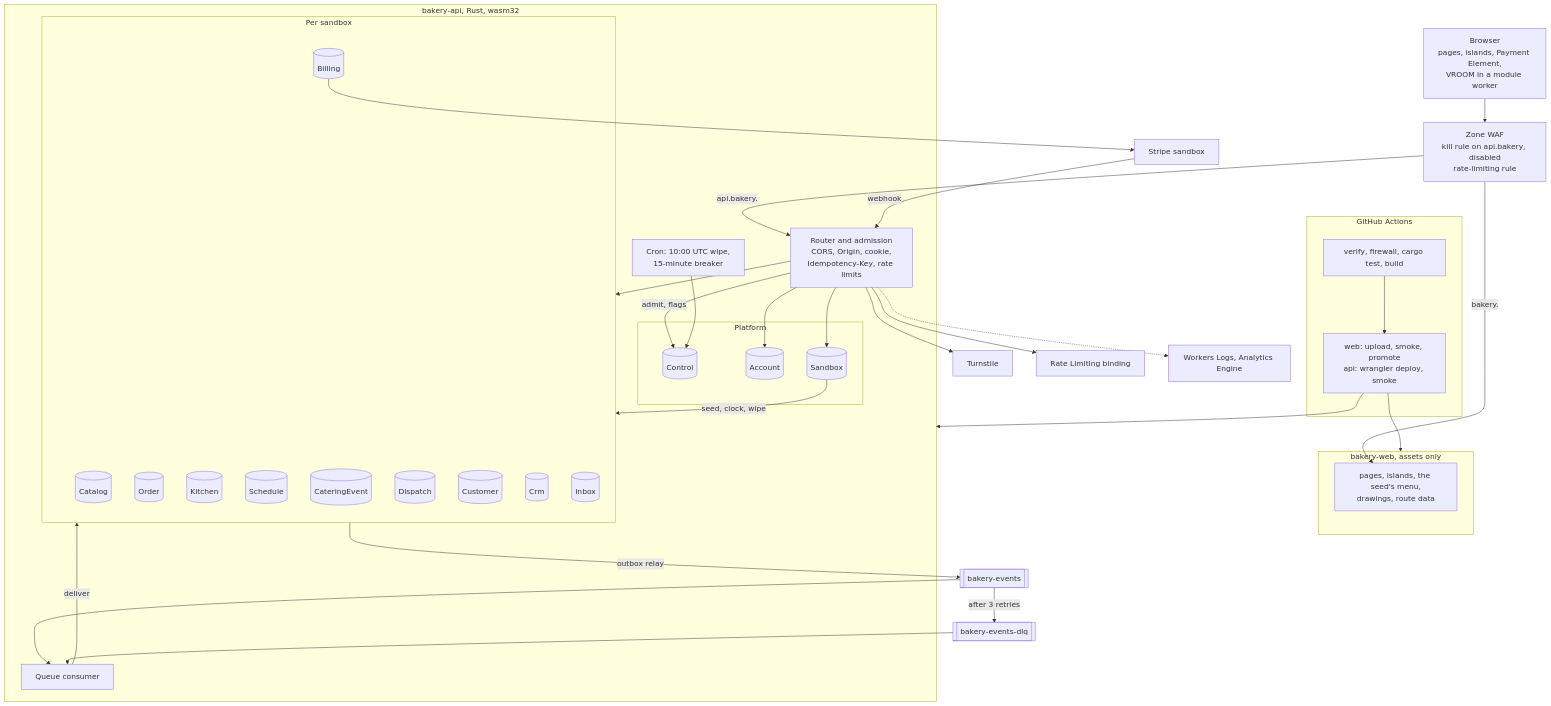
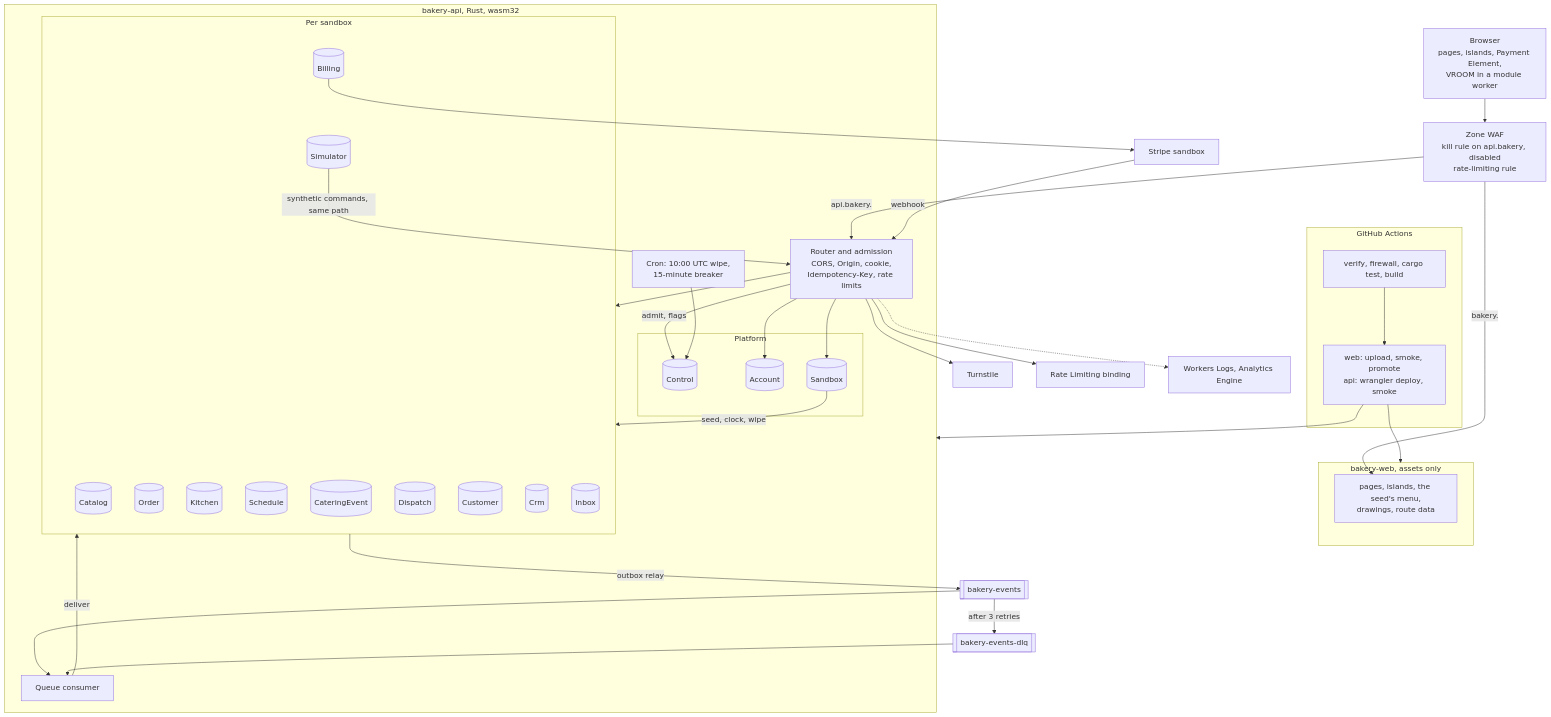
The second of 11 diagrams in docs/architecture.md (IHaveASegway/bakery), drawn with Mermaid before and after one commit. The commit also changed other lines of this file and 20 other files, not shown here.

````diff
--- a/docs/architecture.md
+++ b/docs/architecture.md
@@ -78,62 +81,64 @@
 ```mermaid
 flowchart TB
   browser["Browser<br/>pages, islands, Payment Element,<br/>VROOM in a module worker"]
   rules["Zone WAF<br/>kill rule on api.bakery, disabled<br/>rate-limiting rule"]
   subgraph webw ["bakery-web, assets only"]
     assets["pages, islands, the seed's menu,<br/>drawings, route data"]
   end
   subgraph apiw ["bakery-api, Rust, wasm32"]
     router["Router and admission<br/>CORS, Origin, cookie,<br/>Idempotency-Key, rate limits"]
     consumer["Queue consumer"]
     cron["Cron: 10:00 UTC wipe,<br/>15-minute breaker"]
     subgraph platform ["Platform"]
       control[("Control")]
       account[("Account")]
       sandbox[("Sandbox")]
     end
     subgraph perbox ["Per sandbox"]
       catalog[("Catalog")]
       order[("Order")]
       kitchen[("Kitchen")]
       schedule[("Schedule")]
       catering[("CateringEvent")]
       billing[("Billing")]
       dispatch[("Dispatch")]
       customer[("Customer")]
       crm[("Crm")]
       inbox[("Inbox")]
+      simulator[("Simulator")]
     end
   end
   queue[["bakery-events"]]
   dlq[["bakery-events-dlq"]]
   turnstile["Turnstile"]
   rl["Rate Limiting binding"]
   telemetry["Workers Logs, Analytics Engine"]
   stripe["Stripe sandbox"]
   subgraph pipeline ["GitHub Actions"]
     build["verify, firewall, cargo test, build"]
     deploy["web: upload, smoke, promote<br/>api: wrangler deploy, smoke"]
   end
 
   browser --> rules
   rules -->|"bakery."| assets
   rules -->|"api.bakery."| router
   router --> turnstile
   router --> rl
   router -->|"admit, flags"| control
   router --> account
   router --> sandbox
   router --> perbox
+  simulator -->|"synthetic commands, same path"| router
   sandbox -->|"seed, clock, wipe"| perbox
   perbox -->|"outbox relay"| queue
   queue --> consumer
   consumer -->|"deliver"| perbox
   queue -->|"after 3 retries"| dlq --> consumer
   cron --> control
   billing --> stripe
   stripe -->|"webhook"| router
   router -.-> telemetry
   build --> deploy
   deploy --> webw
   deploy --> apiw
 ```
````
